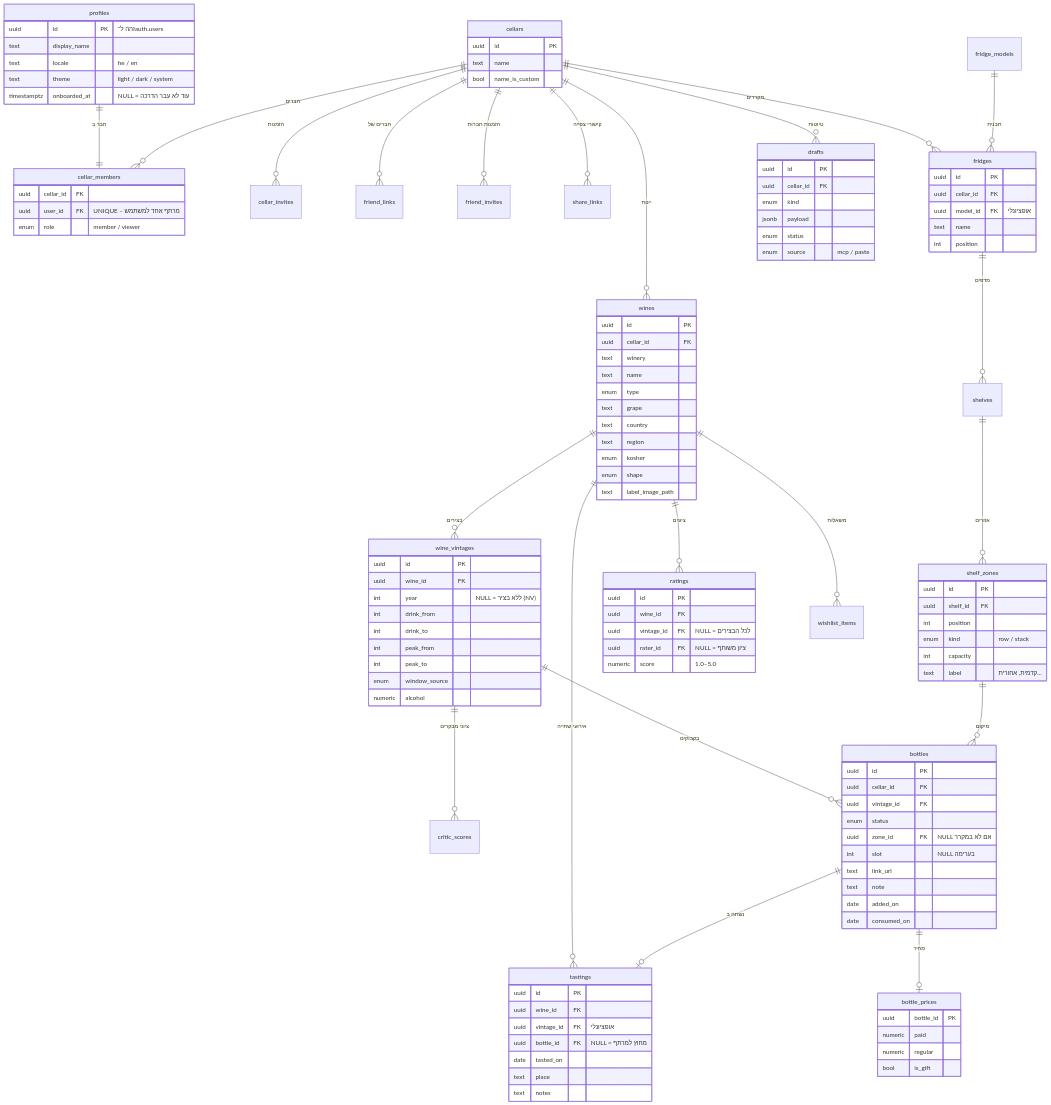
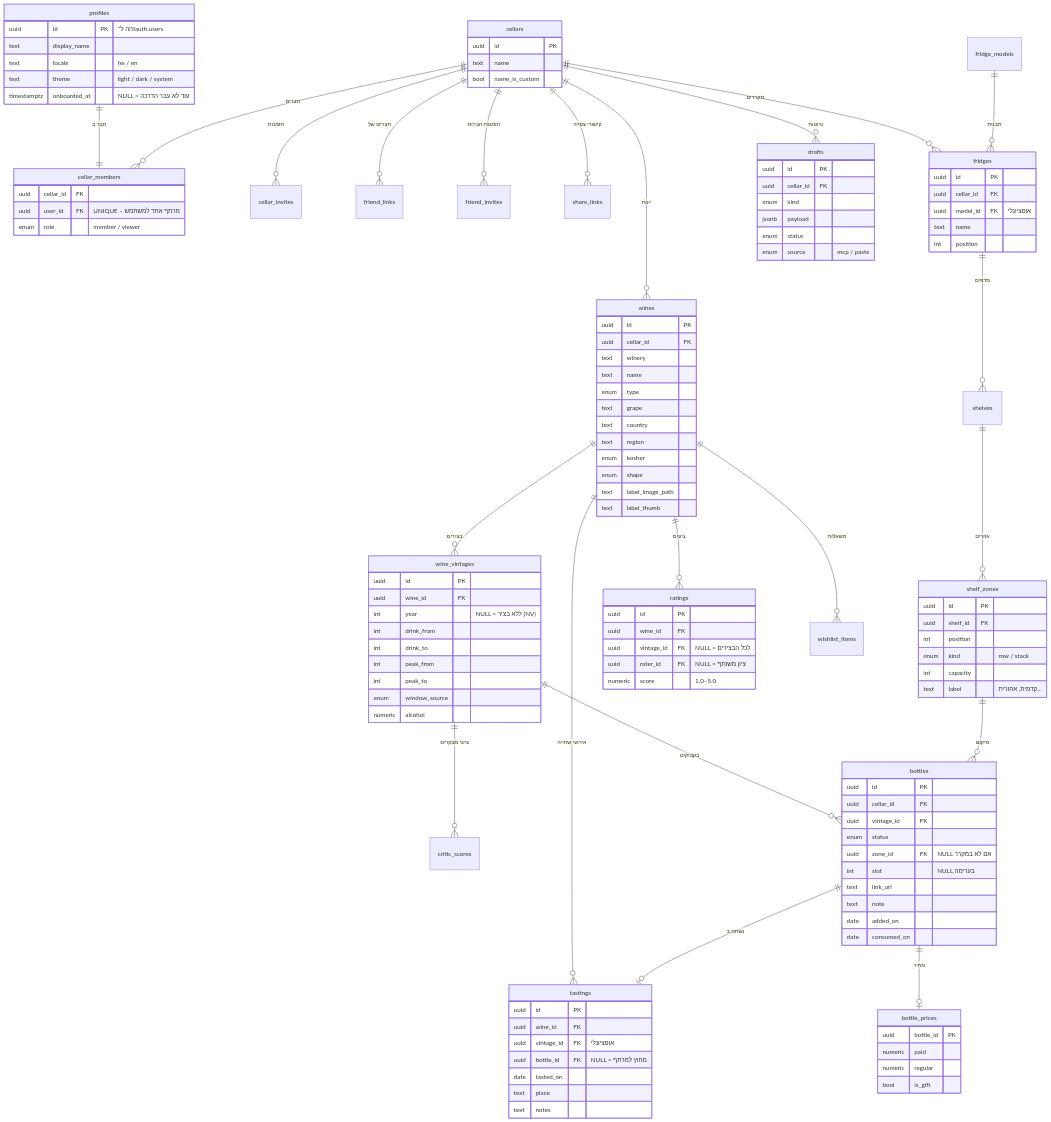
One commit to ItayLichtenstein/wine-cellar changed the diagram in docs/data-model.md. Above: the diagram before and after it, drawn with Mermaid. The commit also changed other lines of this file and 18 other files, not shown here.

```diff
--- a/docs/data-model.md
+++ b/docs/data-model.md
@@ -86,6 +86,7 @@
         enum kosher
         enum shape
         text label_image_path
+        text label_thumb
     }
     wine_vintages {
         uuid id PK
```
